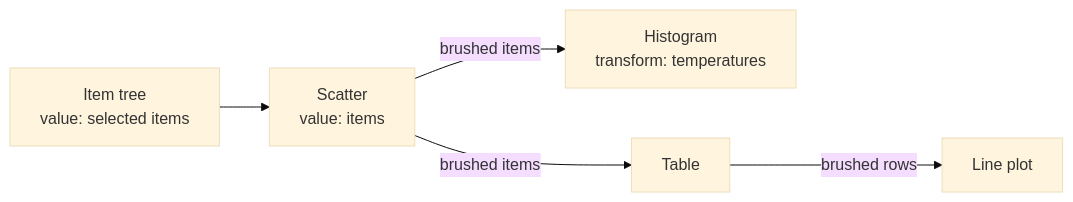
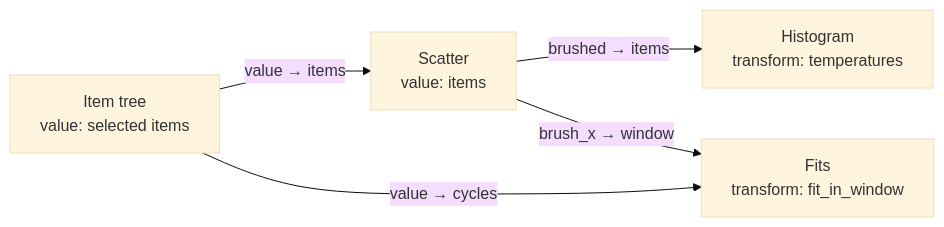
One commit to digiefel/DataBrowser changed the second of 2 diagrams in docs/plans/visualizers.md. Above: the diagram before and after it, drawn with Mermaid (base theme). The commit also changed other lines of this file, not shown here.

Commit message:
Plan transform inputs, code views, speed, and saving

````diff
--- a/docs/plans/visualizers.md
+++ b/docs/plans/visualizers.md
@@ -279,7 +317,7 @@
 ```mermaid
 flowchart LR
-    tree["Item tree<br/>value: selected items"] --> A["Scatter<br/>value: items"]
-    A -->|brushed items| B["Histogram<br/>transform: temperatures"]
-    A -->|brushed items| C["Table"]
-    C -->|brushed rows| D["Line plot"]
+    tree["Item tree<br/>value: selected items"] -->|value → items| A["Scatter<br/>value: items"]
+    A -->|brushed → items| B["Histogram<br/>transform: temperatures"]
+    tree -->|value → cycles| F["Fits<br/>transform: fit_in_window"]
+    A -->|brush_x → window| F
 ```
````
